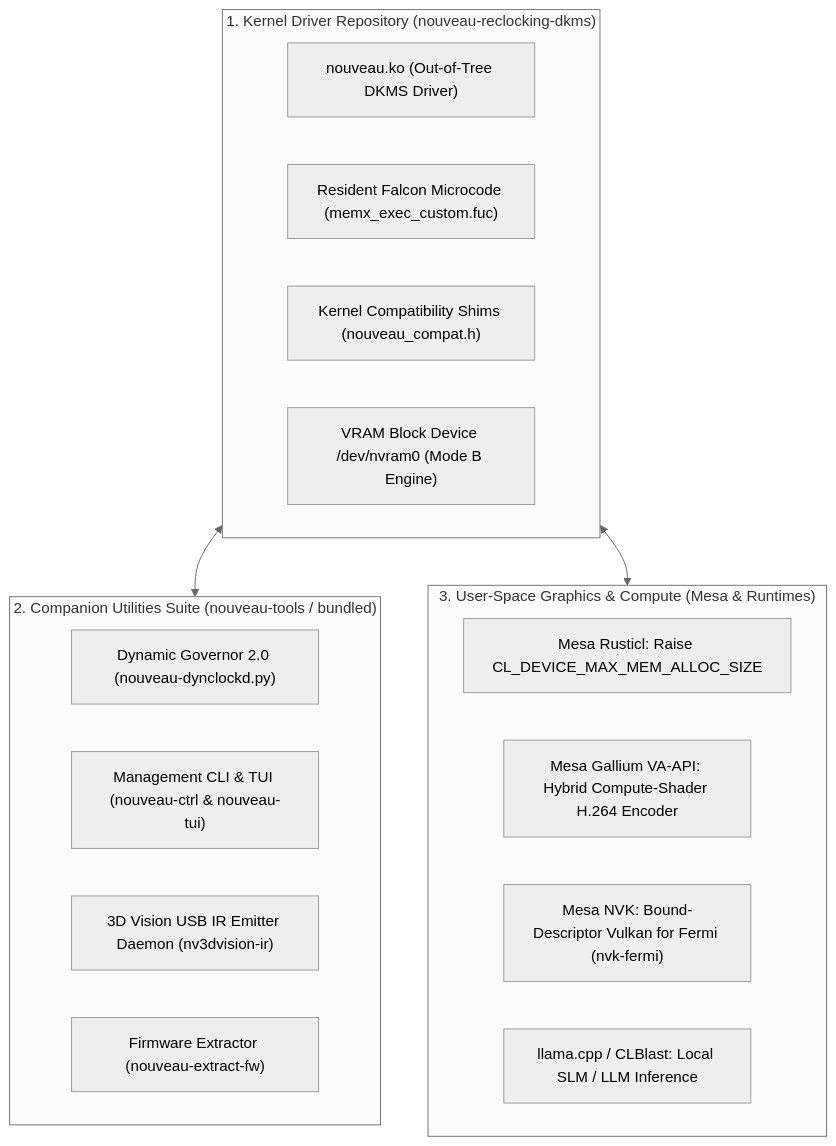
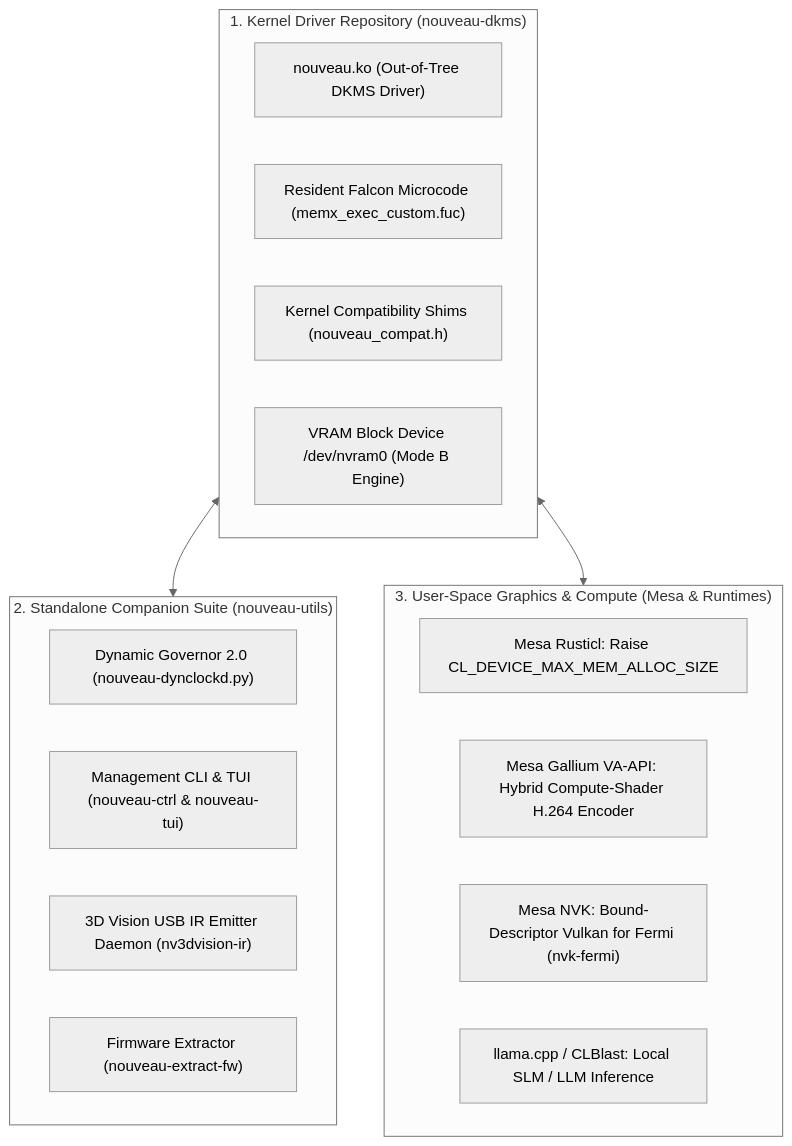
The diagram in docs/FEATURES_BREAKDOWN_CHECKLIST.md (Twilight0/nouveau-dkms), drawn with Mermaid (neutral theme) before and after one commit. The commit also changed other lines of this file and 1 other file, not shown here.

Commit message:
docs: tick completed milestones for v2.2.1 decoupling, packaging and vblank reclocking

````diff
--- a/docs/FEATURES_BREAKDOWN_CHECKLIST.md
+++ b/docs/FEATURES_BREAKDOWN_CHECKLIST.md
@@ -21,26 +21,26 @@
 ```mermaid
 graph TD
-    subgraph KERNEL["1. Kernel Driver Repository (nouveau-reclocking-dkms)"]
+    subgraph KERNEL["1. Kernel Driver Repository (nouveau-dkms)"]
         K1["nouveau.ko (Out-of-Tree DKMS Driver)"]
         K2["Resident Falcon Microcode (memx_exec_custom.fuc)"]
         K3["Kernel Compatibility Shims (nouveau_compat.h)"]
         K4["VRAM Block Device /dev/nvram0 (Mode B Engine)"]
     end
 
-    subgraph TOOLS["2. Companion Utilities Suite (nouveau-tools / bundled)"]
+    subgraph TOOLS["2. Standalone Companion Suite (nouveau-utils)"]
         T1["Dynamic Governor 2.0 (nouveau-dynclockd.py)"]
         T2["Management CLI & TUI (nouveau-ctrl & nouveau-tui)"]
         T3["3D Vision USB IR Emitter Daemon (nv3dvision-ir)"]
         T4["Firmware Extractor (nouveau-extract-fw)"]
     end
 
     subgraph MESA["3. User-Space Graphics & Compute (Mesa & Runtimes)"]
         M1["Mesa Rusticl: Raise CL_DEVICE_MAX_MEM_ALLOC_SIZE"]
         M2["Mesa Gallium VA-API: Hybrid Compute-Shader H.264 Encoder"]
         M3["Mesa NVK: Bound-Descriptor Vulkan for Fermi (nvk-fermi)"]
         M4["llama.cpp / CLBlast: Local SLM / LLM Inference"]
     end
 
     KERNEL <--> TOOLS
     KERNEL <--> MESA
 ```
````
